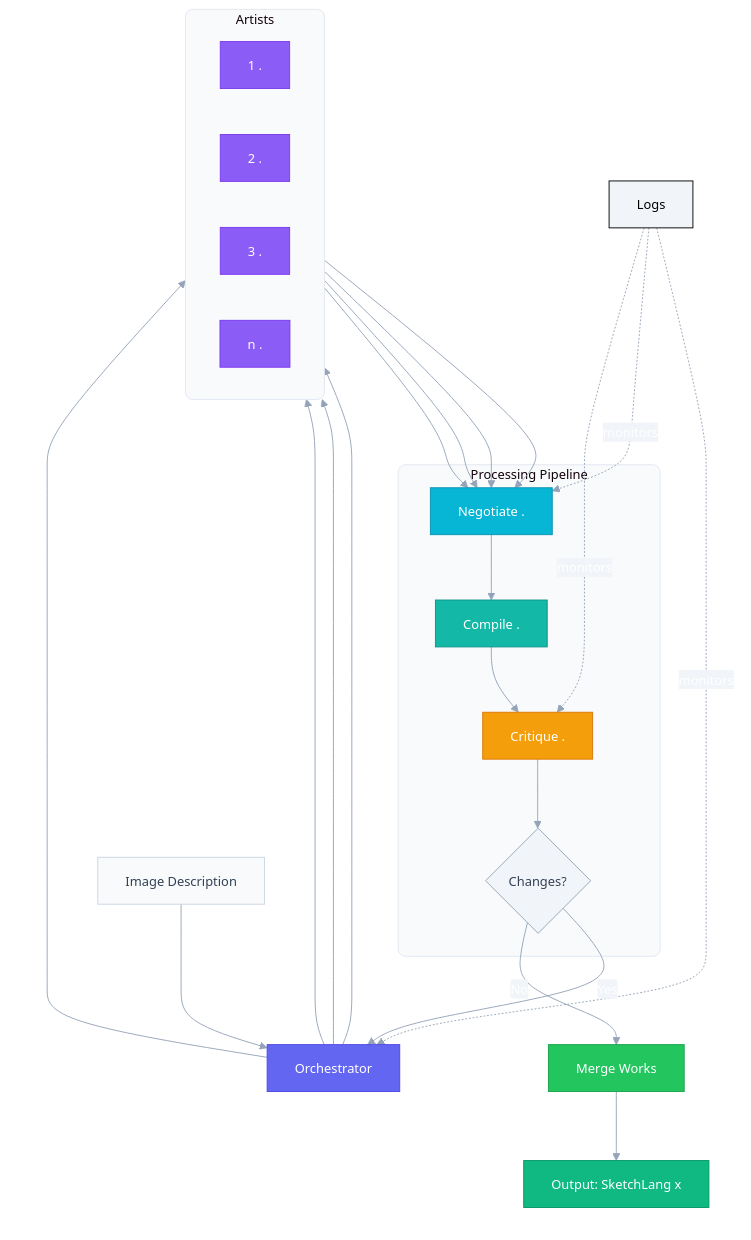
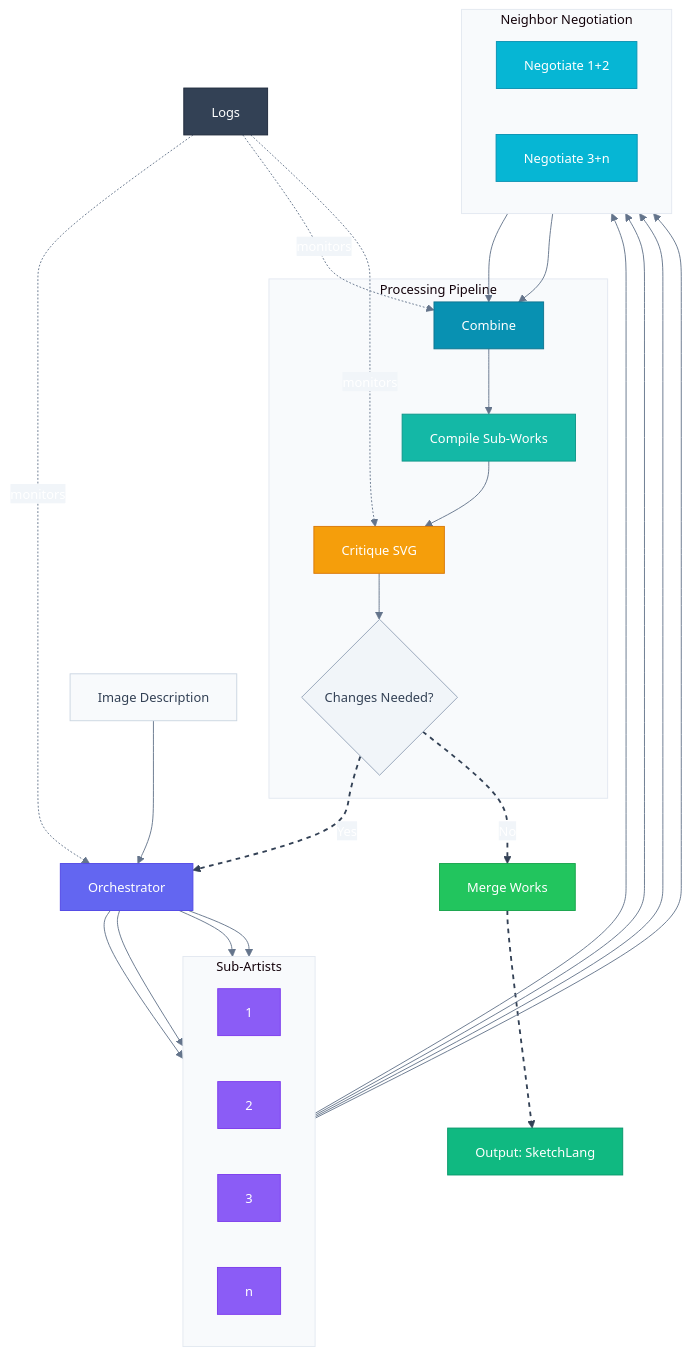
The diagram in README.md (TheMaslowsDilemma/sketchthis-studio), drawn with Mermaid before and after one commit.

Commit message:
flow chart

````diff
--- a/README.md
+++ b/README.md
@@ -20,82 +20,82 @@
 ```mermaid
 %%{init: {
   'theme': 'base',
   'themeVariables': {
     'fontSize': '14px',
     'fontFamily': 'Inter, sans-serif',
     'primaryColor': '#6366f1',
     'primaryTextColor': '#ffffff',
     'primaryBorderColor': '#4f46e5',
     'secondaryColor': '#f1f5f9',
     'secondaryTextColor': '#334155',
     'tertiaryColor': '#ecfdf5',
-    'lineColor': '#94a3b8',
+    'lineColor': '#64748b',
     'textColor': '#334155'
   }
 }}%%
-
 flowchart TB
-    subgraph input [" "]
-        A[Image Description]
+    A[Image Description]
+    B[Orchestrator]
+    
+    subgraph artists [Sub-Artists]
+        direction LR
+        C1[1]
+        C2[2]
+        C3[3]
+        Cn[n]
     end
-
-    subgraph orchestration [" "]
-        B[Orchestrator]
+    
+    subgraph negotiation [Neighbor Negotiation]
+        direction LR
+        N1[Negotiate 1+2]
+        N2[Negotiate 3+n]
     end
-
-    subgraph artists ["Artists"]
-        direction LR
-        C1["1  ."]
-        C2["2  ."]
-        C3["3  ."]
-        Cn["n  ."]
+    
+    subgraph processing [Processing Pipeline]
+        D[Combine]
+        E[Compile Sub-Works]
+        F[Critique SVG]
+        G{Changes Needed?}
     end
-
-    subgraph processing [Processing Pipeline]
-        D[Negotiate   .]
-        E[Compile     .]
-        F[Critique    .]
-        G{Changes?}
-    end
-
-    subgraph output [" "]
-        H["Merge Works      "]
-        I["Output: SketchLang          x"]
-    end
-
-    J["Logs    "]
-
+    
+    H[Merge Works]
+    I[Output: SketchLang]
+    J[Logs]
+    
     A --> B
     B --> C1 & C2 & C3 & Cn
-    C1 & C2 & C3 & Cn --> D
+    C1 & C2 --> N1
+    C3 & Cn --> N2
+    N1 & N2 --> D
     D --> E
     E --> F
     F --> G
     G -->|Yes| B
     G -->|No| H
     H --> I
-
-    J -.->|monitors| B
-    J -.->|monitors| D
-    J -.->|monitors| F
-
+    
+    J -. monitors .-> B
+    J -. monitors .-> D
+    J -. monitors .-> F
+    
     style A fill:#f8fafc,stroke:#cbd5e1,color:#334155
     style B fill:#6366f1,stroke:#4f46e5,color:#ffffff
     style C1 fill:#8b5cf6,stroke:#7c3aed,color:#ffffff
     style C2 fill:#8b5cf6,stroke:#7c3aed,color:#ffffff
     style C3 fill:#8b5cf6,stroke:#7c3aed,color:#ffffff
     style Cn fill:#8b5cf6,stroke:#7c3aed,color:#ffffff
-    style D fill:#06b6d4,stroke:#0891b2,color:#ffffff
+    style N1 fill:#06b6d4,stroke:#0891b2,color:#ffffff
+    style N2 fill:#06b6d4,stroke:#0891b2,color:#ffffff
+    style D fill:#0891b2,stroke:#0e7490,color:#ffffff
     style E fill:#14b8a6,stroke:#0d9488,color:#ffffff
     style F fill:#f59e0b,stroke:#d97706,color:#ffffff
     style G fill:#f1f5f9,stroke:#94a3b8,color:#334155
     style H fill:#22c55e,stroke:#16a34a,color:#ffffff
     style I fill:#10b981,stroke:#059669,color:#ffffff
-    style J fill:#f1f5f9,stroke:#000000,color:#000000
-
-    style input fill:transparent,stroke:transparent
-    style orchestration fill:transparent,stroke:transparent
-    style artists fill:#f8fafc,stroke:#e2e8f0,stroke-width:1px,rx:8
-    style processing fill:#f8fafc,stroke:#e2e8f0,stroke-width:1px,rx:8
-    style output fill:transparent,stroke:transparent
+    style J fill:#334155,stroke:#1e293b,color:#ffffff
+    style artists fill:#f8fafc,stroke:#e2e8f0,stroke-width:1px
+    style negotiation fill:#f8fafc,stroke:#e2e8f0,stroke-width:1px
+    style processing fill:#f8fafc,stroke:#e2e8f0,stroke-width:1px
+    
+    linkStyle 14,15,16 stroke:#334155,stroke-width:2px,stroke-dasharray:5
 ```
````
